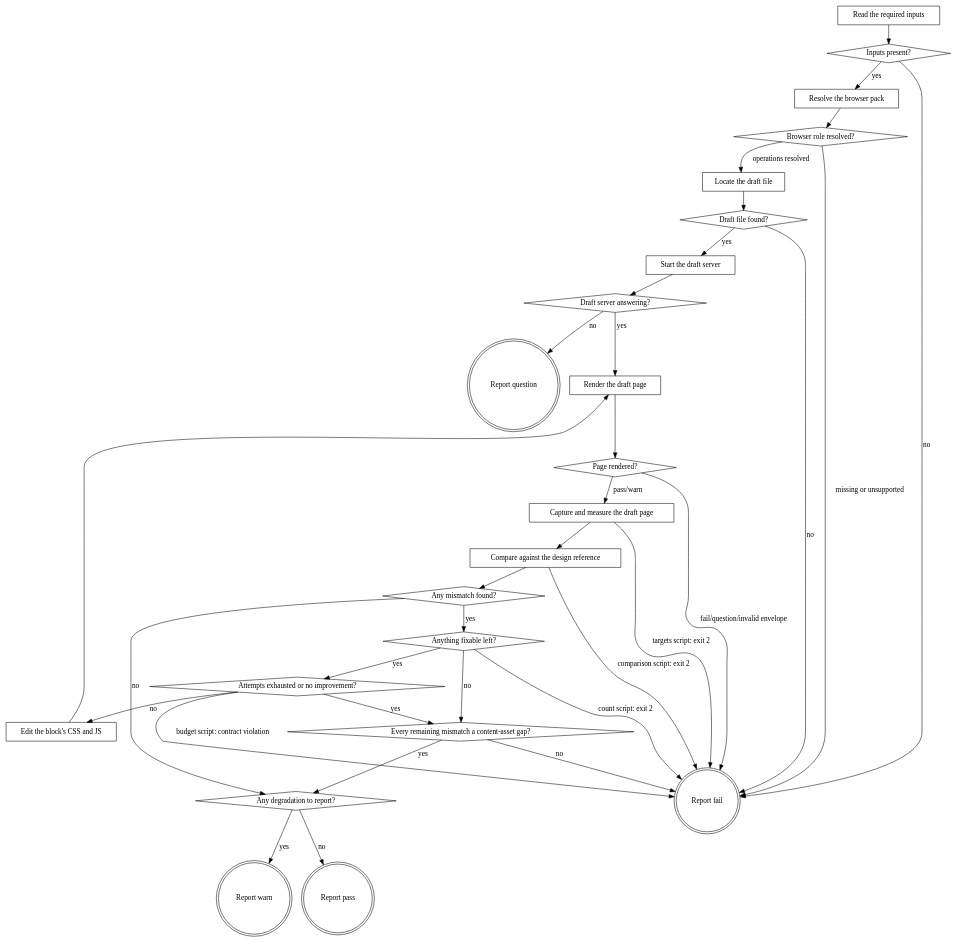
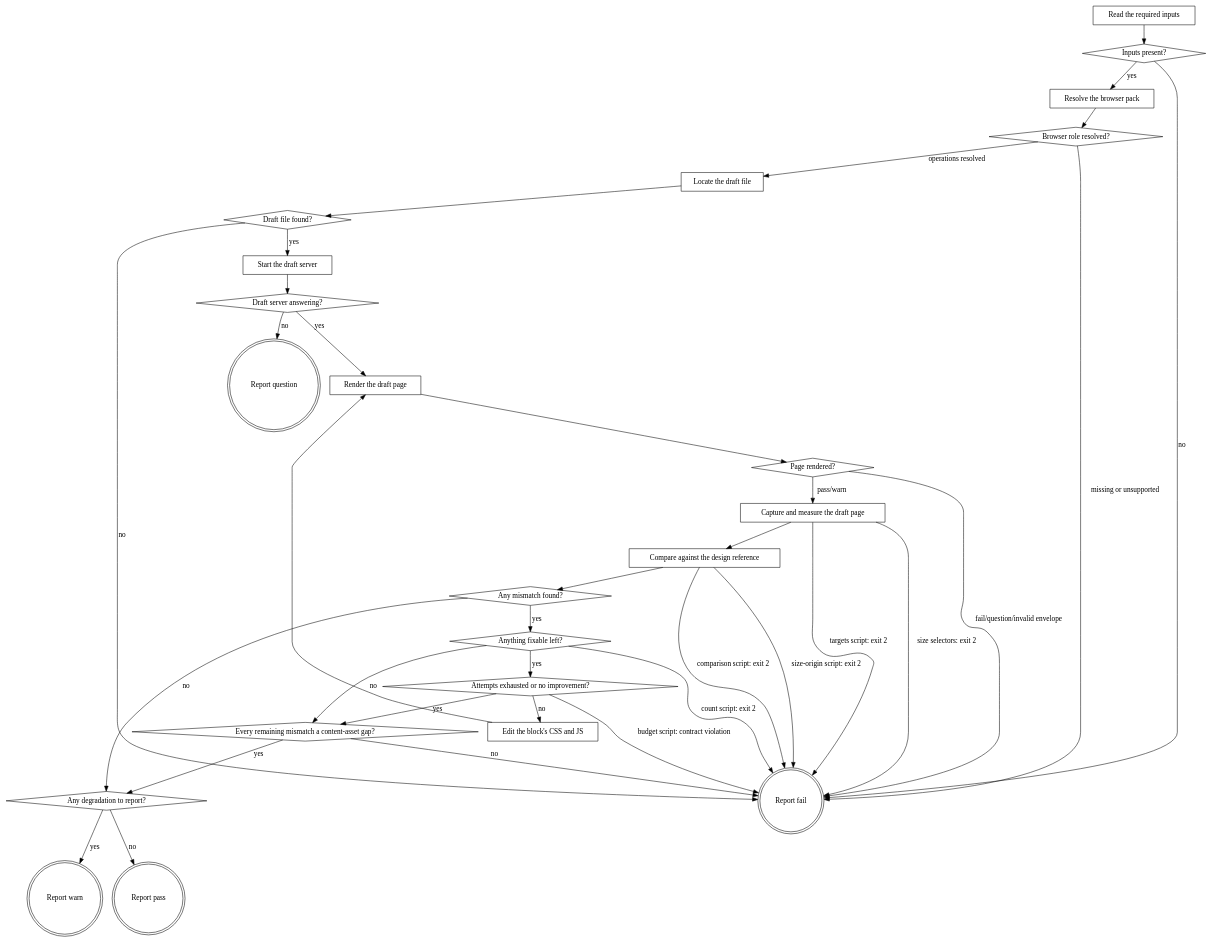
Before and after one commit to agenticDraft/aem-eds-ai-workflow-demo: the diagram in plugins/eds/skills/eds-verify-design/SKILL.md, drawn with Graphviz. The commit also changed other lines of this file and 11 other files, not shown here.

First line of the commit message:
check-size-origin.py refuses a fixed size on text that no design node carries; measure reports holds_text (D541, D542, D543)

````diff
--- a/plugins/eds/skills/eds-verify-design/SKILL.md
+++ b/plugins/eds/skills/eds-verify-design/SKILL.md
@@ -57,59 +58,61 @@
 ```dot
 digraph eds_verify_design {
     "Read the required inputs" [shape=box];
     "Inputs present?" [shape=diamond];
     "Resolve the browser pack" [shape=box];
     "Browser role resolved?" [shape=diamond];
     "Locate the draft file" [shape=box];
     "Draft file found?" [shape=diamond];
     "Start the draft server" [shape=box];
     "Draft server answering?" [shape=diamond];
     "Render the draft page" [shape=box];
     "Page rendered?" [shape=diamond];
     "Capture and measure the draft page" [shape=box];
     "Compare against the design reference" [shape=box];
     "Any mismatch found?" [shape=diamond];
     "Anything fixable left?" [shape=diamond];
     "Attempts exhausted or no improvement?" [shape=diamond];
     "Every remaining mismatch a content-asset gap?" [shape=diamond];
     "Edit the block's CSS and JS" [shape=box];
     "Any degradation to report?" [shape=diamond];
     "Report fail" [shape=doublecircle];
     "Report question" [shape=doublecircle];
     "Report warn" [shape=doublecircle];
     "Report pass" [shape=doublecircle];
 
     "Read the required inputs" -> "Inputs present?";
     "Inputs present?" -> "Resolve the browser pack" [label="yes"];
     "Inputs present?" -> "Report fail" [label="no"];
     "Resolve the browser pack" -> "Browser role resolved?";
     "Browser role resolved?" -> "Locate the draft file" [label="operations resolved"];
     "Browser role resolved?" -> "Report fail" [label="missing or unsupported"];
     "Locate the draft file" -> "Draft file found?";
     "Draft file found?" -> "Start the draft server" [label="yes"];
     "Draft file found?" -> "Report fail" [label="no"];
     "Start the draft server" -> "Draft server answering?";
     "Draft server answering?" -> "Render the draft page" [label="yes"];
     "Draft server answering?" -> "Report question" [label="no"];
     "Render the draft page" -> "Page rendered?";
     "Page rendered?" -> "Capture and measure the draft page" [label="pass/warn"];
     "Page rendered?" -> "Report fail" [label="fail/question/invalid envelope"];
     "Capture and measure the draft page" -> "Compare against the design reference";
     "Capture and measure the draft page" -> "Report fail" [label="targets script: exit 2"];
+    "Capture and measure the draft page" -> "Report fail" [label="size selectors: exit 2"];
     "Compare against the design reference" -> "Any mismatch found?";
     "Compare against the design reference" -> "Report fail" [label="comparison script: exit 2"];
+    "Compare against the design reference" -> "Report fail" [label="size-origin script: exit 2"];
     "Any mismatch found?" -> "Any degradation to report?" [label="no"];
     "Any mismatch found?" -> "Anything fixable left?" [label="yes"];
     "Anything fixable left?" -> "Attempts exhausted or no improvement?" [label="yes"];
     "Anything fixable left?" -> "Every remaining mismatch a content-asset gap?" [label="no"];
     "Anything fixable left?" -> "Report fail" [label="count script: exit 2"];
     "Attempts exhausted or no improvement?" -> "Every remaining mismatch a content-asset gap?" [label="yes"];
     "Attempts exhausted or no improvement?" -> "Edit the block's CSS and JS" [label="no"];
     "Attempts exhausted or no improvement?" -> "Report fail" [label="budget script: contract violation"];
     "Every remaining mismatch a content-asset gap?" -> "Any degradation to report?" [label="yes"];
     "Every remaining mismatch a content-asset gap?" -> "Report fail" [label="no"];
     "Edit the block's CSS and JS" -> "Render the draft page";
     "Any degradation to report?" -> "Report warn" [label="yes"];
     "Any degradation to report?" -> "Report pass" [label="no"];
 }
 ```
````
